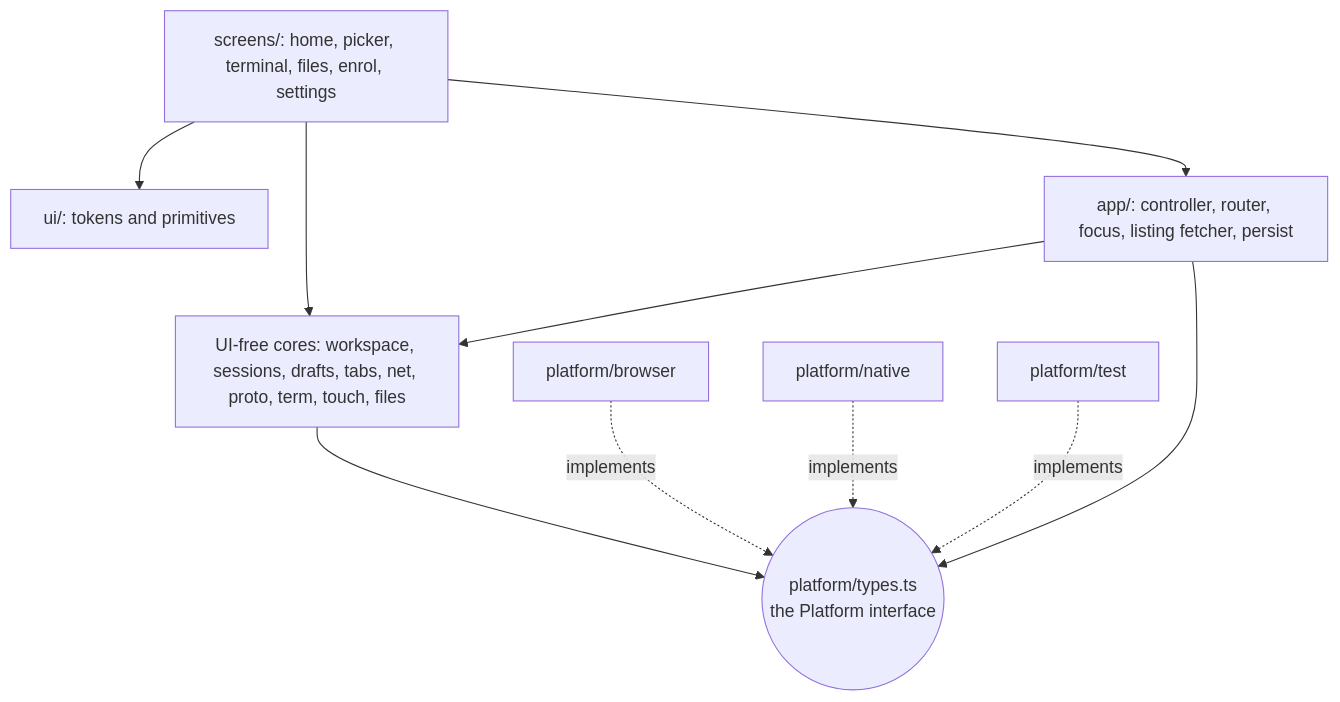
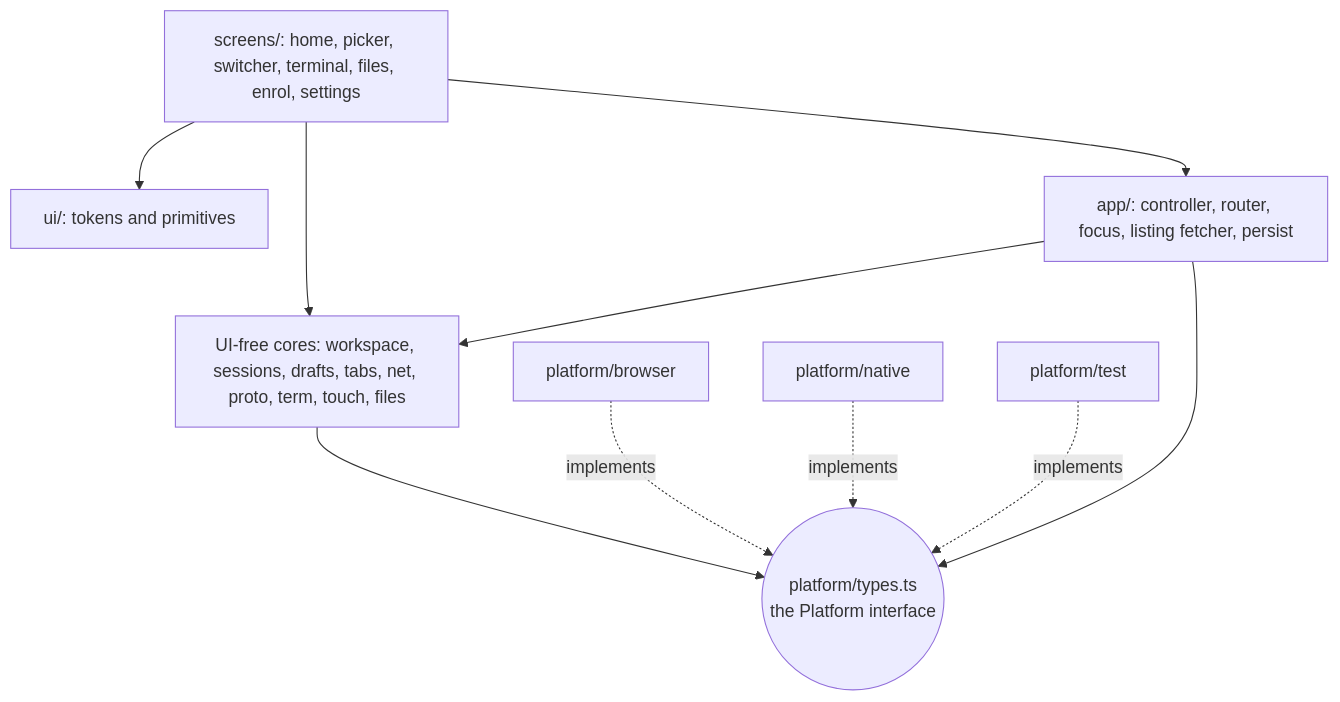
Before and after one commit to haowjy/tether: the first of 4 diagrams in .meridian/work/tether-mvp/design/client-architecture.md, drawn with Mermaid. The commit also changed other lines of this file and 60 other files, not shown here.

````diff
--- a/.meridian/work/tether-mvp/design/client-architecture.md
+++ b/.meridian/work/tether-mvp/design/client-architecture.md
@@ -76,20 +81,20 @@
 ```mermaid
 flowchart TB
-  screens["screens/: home, picker, terminal, files, enrol, settings"]
+  screens["screens/: home, picker, switcher, terminal, files, enrol, settings"]
   ui["ui/: tokens and primitives"]
   app["app/: controller, router, focus, listing fetcher, persist"]
   cores["UI-free cores: workspace, sessions, drafts, tabs, net, proto, term, touch, files"]
   types(("platform/types.ts<br/>the Platform interface"))
   pb["platform/browser"]
   pn["platform/native"]
   pt["platform/test"]
   screens --> ui
   screens --> cores
   screens --> app
   app --> cores
   app --> types
   cores --> types
   pb -. implements .-> types
   pn -. implements .-> types
   pt -. implements .-> types
 ```
````
